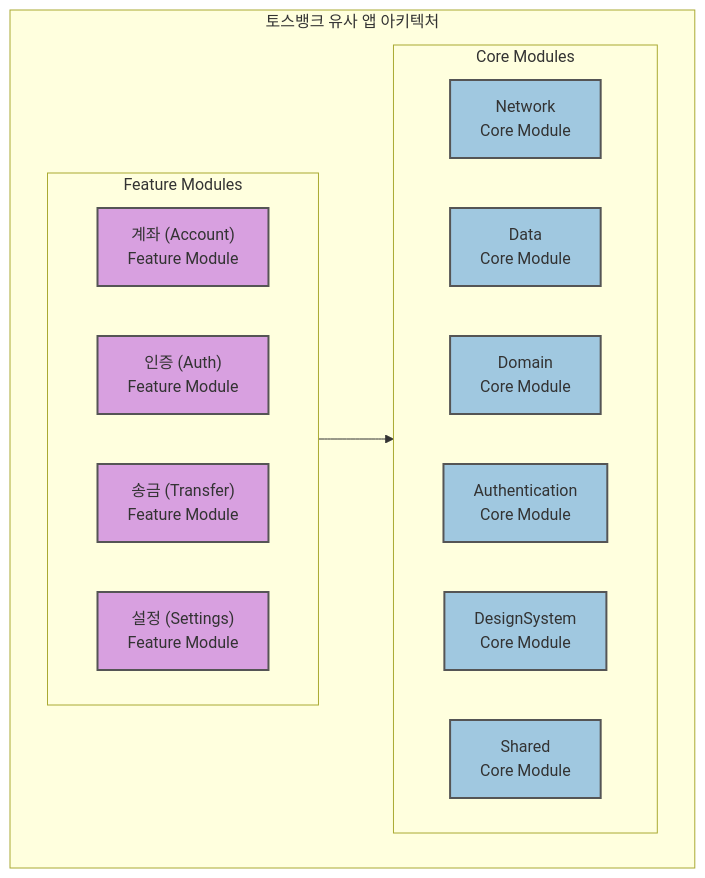
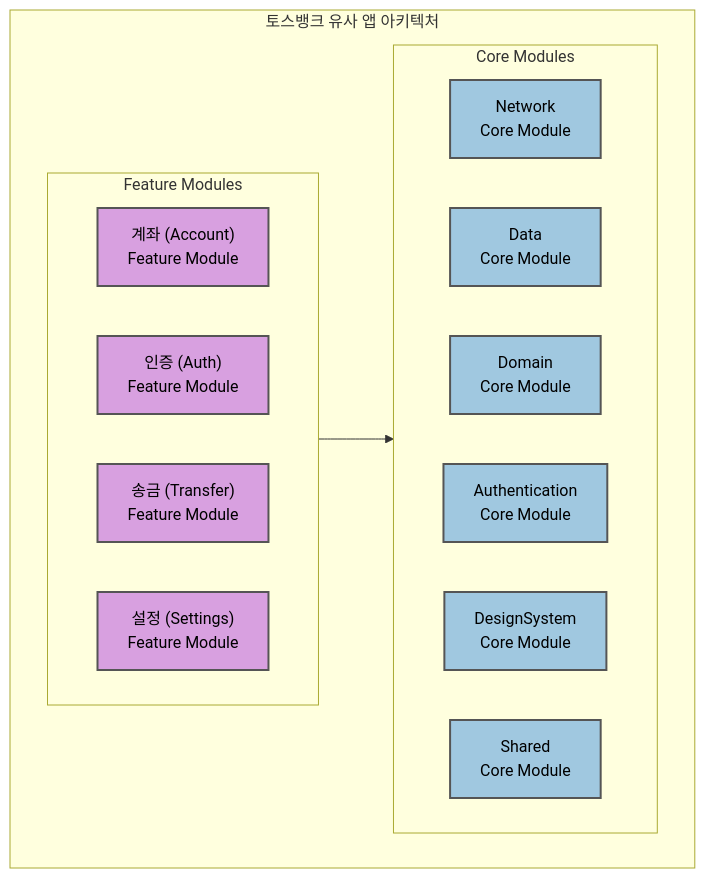
Before and after one commit to Jimmy-Jung/TossBankClone: the first of 4 diagrams in README.md, drawn with Mermaid. The commit also changed other lines of this file, not shown here.

````diff
--- a/README.md
+++ b/README.md
@@ -40,31 +40,31 @@
 ```mermaid
 graph TD
     subgraph "토스뱅크 유사 앱 아키텍처"
         subgraph FeatureModules["Feature Modules"]
             direction LR
             FM1["계좌 (Account)<br>Feature Module"]
             FM2["인증 (Auth)<br>Feature Module"]
             FM3["송금 (Transfer)<br>Feature Module"]
             FM4["설정 (Settings)<br>Feature Module"]
         end
 
         FeatureModules --> CoreModules
         
         subgraph CoreModules["Core Modules"]
             direction LR
             CM1["Network<br>Core Module"]
             CM2["Data<br>Core Module"]
             CM3["Domain<br>Core Module"]
             CM4["Authentication<br>Core Module"]
             CM5["DesignSystem<br>Core Module"]
             CM6["Shared<br>Core Module"]
         end
     end
 
     %% 스타일링
-    classDef featureModule fill:#d8a0e0,stroke:#555,stroke-width:2px
-    classDef coreModule fill:#a0c8e0,stroke:#555,stroke-width:2px
+    classDef featureModule fill:#d8a0e0,stroke:#555,stroke-width:2px,color:#000000
+    classDef coreModule fill:#a0c8e0,stroke:#555,stroke-width:2px,color:#000000
     
     class FM1,FM2,FM3,FM4 featureModule
     class CM1,CM2,CM3,CM4,CM5,CM6 coreModule
 ```
````
